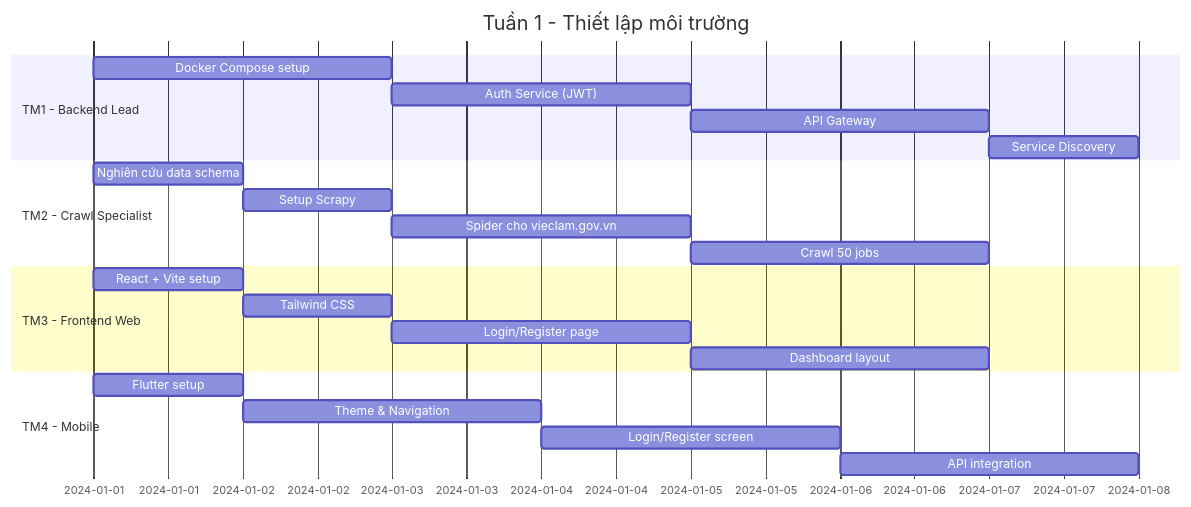
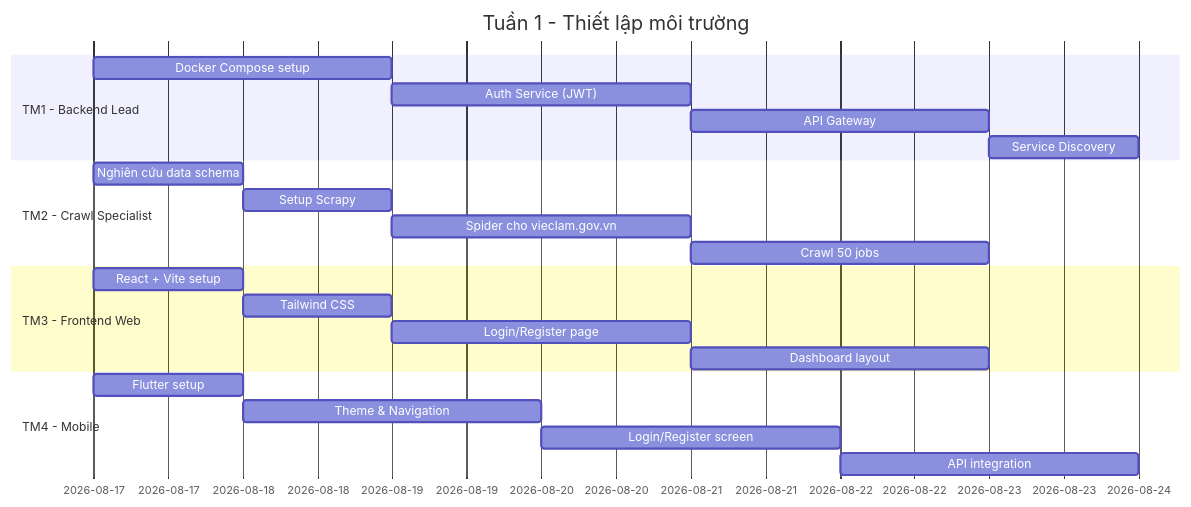
The third of 23 diagrams in docs/plan-1-microservices.md (dut-pbl6-2026/job-platform-docs), drawn with Mermaid before and after one commit. The commit also changed other lines of this file and 1 other file, not shown here.

````diff
--- a/docs/plan-1-microservices.md
+++ b/docs/plan-1-microservices.md
@@ -113,25 +112,25 @@
 ```mermaid
 gantt
     title Tuần 1 - Thiết lập môi trường
     dateFormat  YYYY-MM-DD
     section TM1 - Backend Lead
-    Docker Compose setup          :a1, 2024-01-01, 2d
+    Docker Compose setup          :a1, 2026-08-17, 2d
     Auth Service (JWT)           :a2, after a1, 2d
     API Gateway                  :a3, after a2, 2d
     Service Discovery            :a4, after a3, 1d
     section TM2 - Crawl Specialist
-    Nghiên cứu data schema       :b1, 2024-01-01, 1d
+    Nghiên cứu data schema       :b1, 2026-08-17, 1d
     Setup Scrapy                 :b2, after b1, 1d
     Spider cho vieclam.gov.vn    :b3, after b2, 2d
     Crawl 50 jobs                :b4, after b3, 2d
     section TM3 - Frontend Web
-    React + Vite setup           :c1, 2024-01-01, 1d
+    React + Vite setup           :c1, 2026-08-17, 1d
     Tailwind CSS                 :c2, after c1, 1d
     Login/Register page          :c3, after c2, 2d
     Dashboard layout             :c4, after c3, 2d
     section TM4 - Mobile
-    Flutter setup                :d1, 2024-01-01, 1d
+    Flutter setup                :d1, 2026-08-17, 1d
     Theme & Navigation           :d2, after d1, 2d
     Login/Register screen        :d3, after d2, 2d
     API integration              :d4, after d3, 2d
 ```
````
